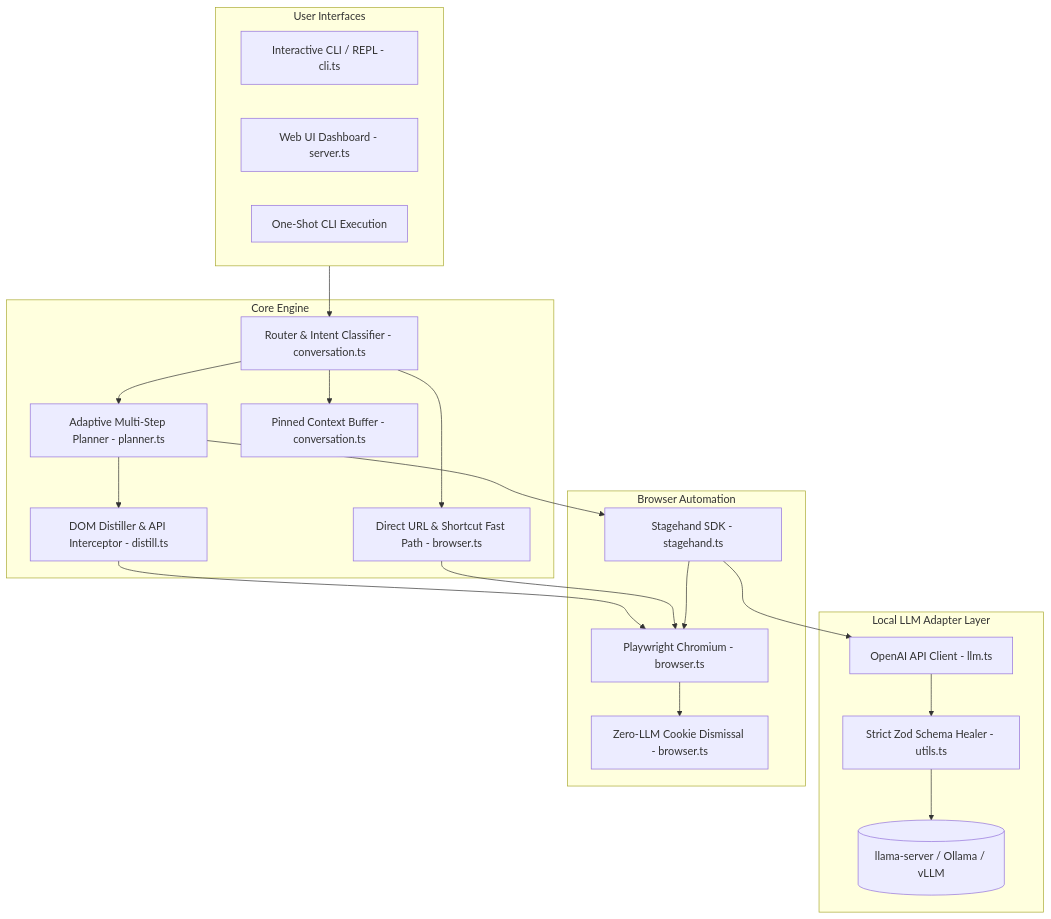
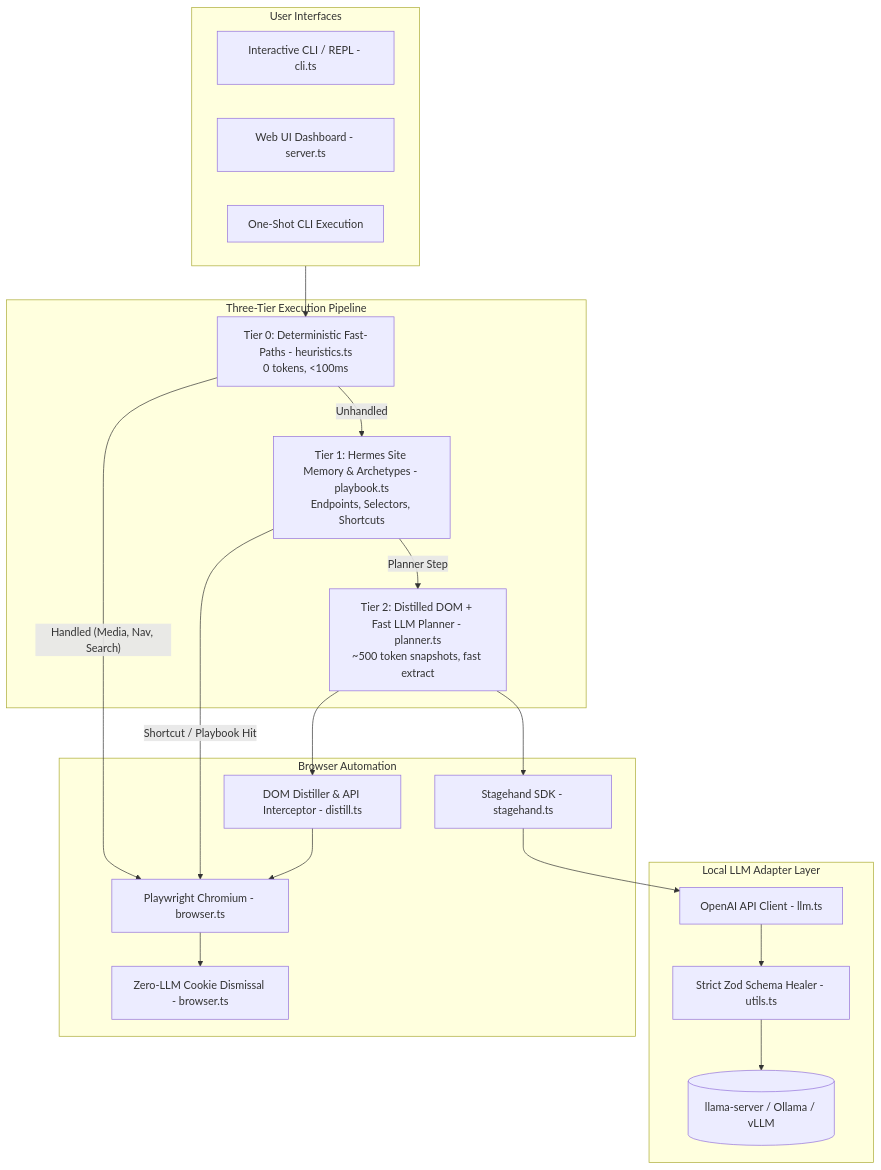
The diagram in README.md (Py528/stagehand-local), drawn with Mermaid before and after one commit. The commit also changed other lines of this file and 4 other files, not shown here.

Commit message:
feat: implement Tiered Execution Pipeline with zero-LLM heuristics and Hermes site memory

````diff
--- a/README.md
+++ b/README.md
@@ -67,44 +71,40 @@
 ```mermaid
 flowchart TD
     subgraph UI_Layer [User Interfaces]
         CLI[Interactive CLI / REPL - cli.ts]
         WebUI[Web UI Dashboard - server.ts]
         OneShot[One-Shot CLI Execution]
     end
 
-    subgraph Core_Engine [Core Engine]
-        Router[Router & Intent Classifier - conversation.ts]
-        Planner[Adaptive Multi-Step Planner - planner.ts]
-        FastPath[Direct URL & Shortcut Fast Path - browser.ts]
-        Mem[Pinned Context Buffer - conversation.ts]
-        Distill[DOM Distiller & API Interceptor - distill.ts]
+    subgraph Tiered_Pipeline [Three-Tier Execution Pipeline]
+        T0[Tier 0: Deterministic Fast-Paths - heuristics.ts\n0 tokens, <100ms]
+        T1[Tier 1: Hermes Site Memory & Archetypes - playbook.ts\nEndpoints, Selectors, Shortcuts]
+        T2[Tier 2: Distilled DOM + Fast LLM Planner - planner.ts\n~500 token snapshots, fast extract]
     end
 
     subgraph LLM_Adapter [Local LLM Adapter Layer]
         LLMAdapter[OpenAI API Client - llm.ts]
         ZodHealer[Strict Zod Schema Healer - utils.ts]
         LlamaServer[(llama-server / Ollama / vLLM)]
     end
 
     subgraph Browser_Layer [Browser Automation]
         StagehandSDK[Stagehand SDK - stagehand.ts]
         Playwright[Playwright Chromium - browser.ts]
+        Distill[DOM Distiller & API Interceptor - distill.ts]
         DOMScanner[Zero-LLM Cookie Dismissal - browser.ts]
     end
 
-    UI_Layer --> Router
-    Router --> Planner
-    Router --> FastPath
-    Router --> Mem
-
-    Planner --> Distill
+    UI_Layer --> T0
+    T0 -- Handled (Media, Nav, Search) --> Playwright
+    T0 -- Unhandled --> T1
+    T1 -- Shortcut / Playbook Hit --> Playwright
+    T1 -- Planner Step --> T2
+    T2 --> Distill
     Distill --> Playwright
-    Planner --> StagehandSDK
-    FastPath --> Playwright
+    T2 --> StagehandSDK
     StagehandSDK --> LLMAdapter
     LLMAdapter --> ZodHealer
     ZodHealer --> LlamaServer
-
-    StagehandSDK --> Playwright
     Playwright --> DOMScanner
 ```
````
